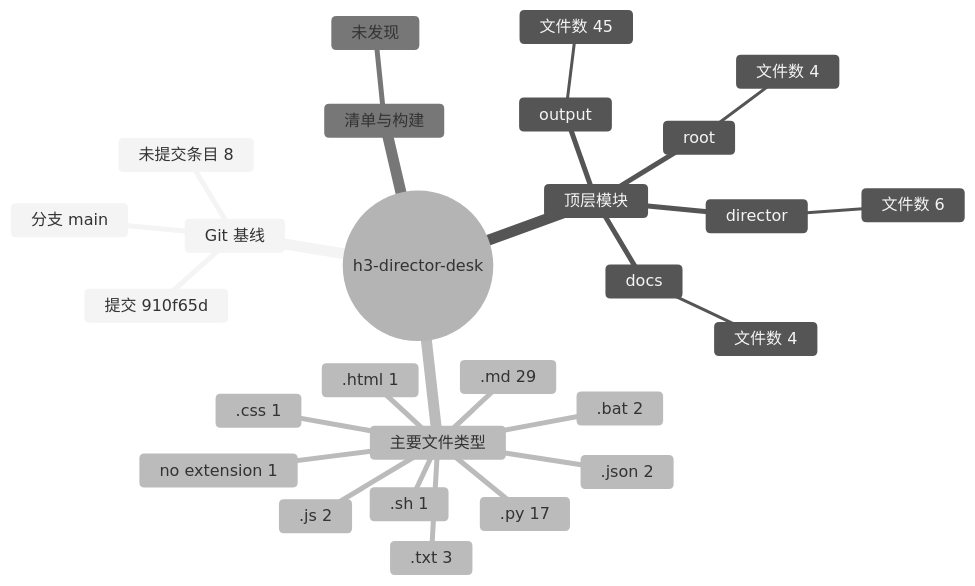
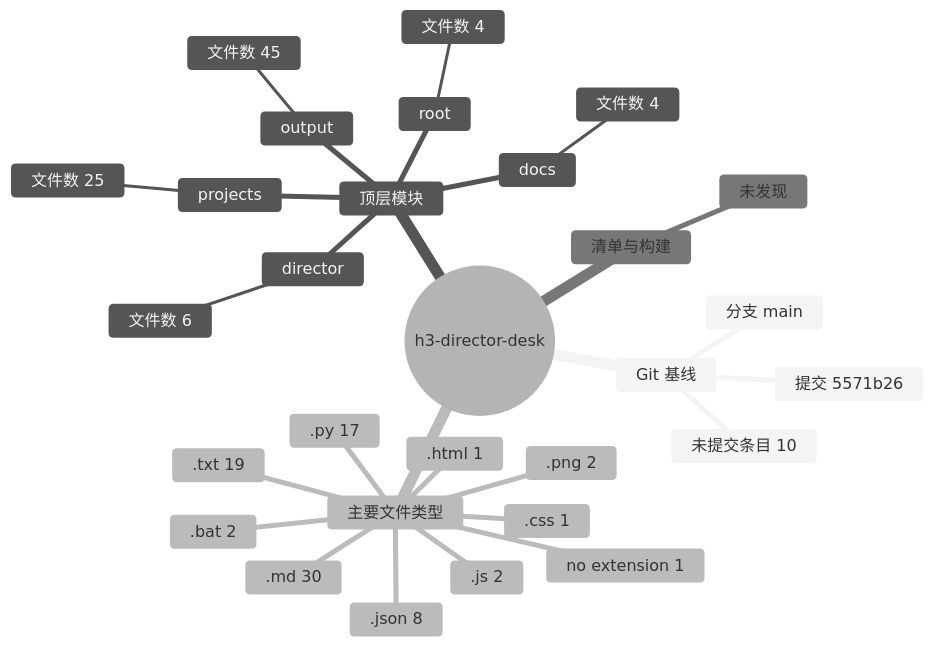
The diagram in docs/project-evolution/mindmaps/repository-structure.md (Exalex/h3-director-desk), drawn with Mermaid (neutral theme) before and after one commit. The commit also changed 33 other files, not shown here.

````diff
--- a/docs/project-evolution/mindmaps/repository-structure.md
+++ b/docs/project-evolution/mindmaps/repository-structure.md
@@ -5,30 +5,32 @@
 ```mermaid
 mindmap
   root((h3-director-desk))
     Git 基线
       分支 main
-      提交 910f65d
-      未提交条目 8
+      提交 5571b26
+      未提交条目 10
     顶层模块
       output
         文件数 45
+      projects
+        文件数 25
       director
         文件数 6
       root
         文件数 4
       docs
         文件数 4
     主要文件类型
-      .md 29
+      .md 30
+      .txt 19
       .py 17
-      .txt 3
+      .json 8
       .bat 2
       .js 2
-      .json 2
+      .png 2
       no extension 1
       .html 1
       .css 1
-      .sh 1
     清单与构建
       未发现
 ```
````
